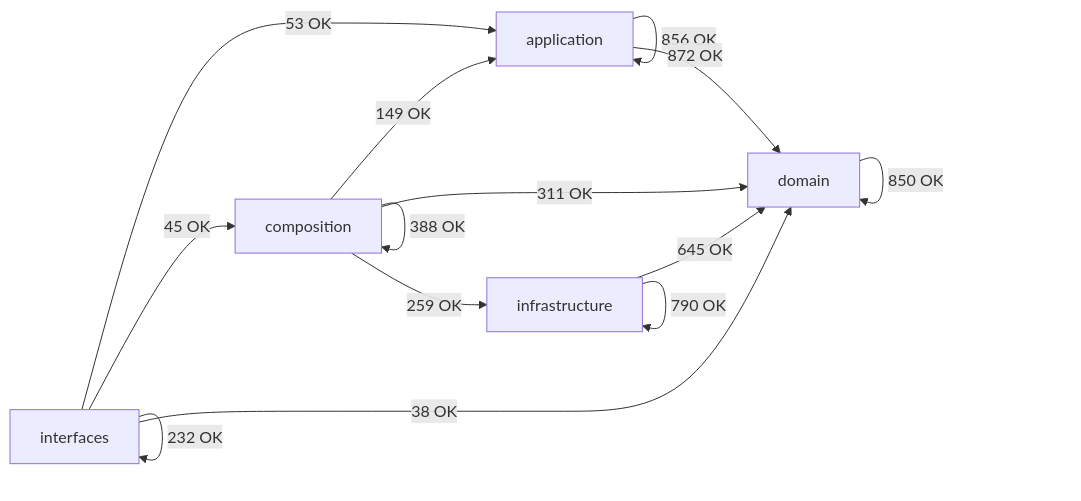
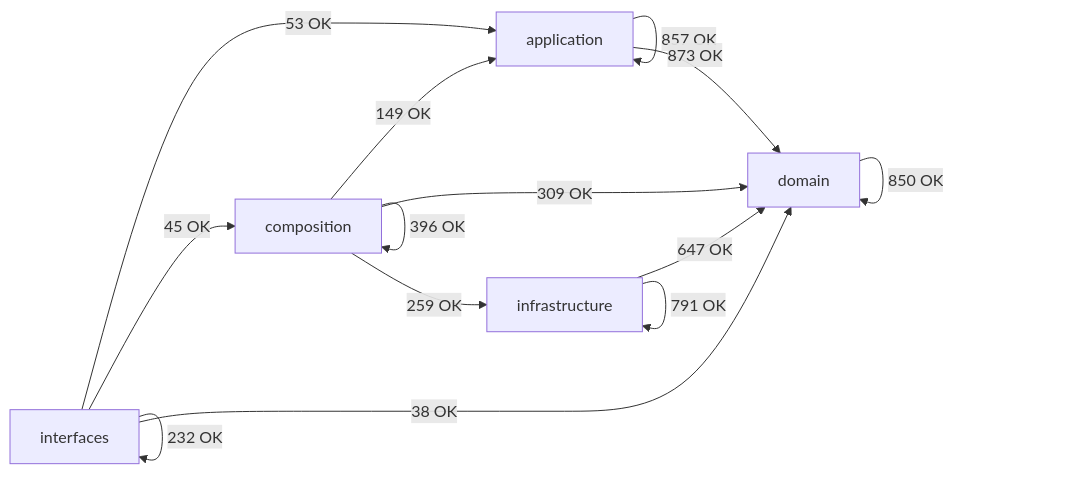
The diagram in docs/02-architecture/generated/module-dependency-map.md (SatoryKono/BioactivityDataAcquisition), drawn with Mermaid before and after one commit. The commit also changed other lines of this file and 54 other files, not shown here.

````diff
--- a/docs/02-architecture/generated/module-dependency-map.md
+++ b/docs/02-architecture/generated/module-dependency-map.md
@@ -17,21 +17,21 @@
 ```mermaid
 flowchart LR
     domain[domain]
     application[application]
     infrastructure[infrastructure]
     composition[composition]
     interfaces[interfaces]
-    application -->|856 OK| application
-    application -->|872 OK| domain
+    application -->|857 OK| application
+    application -->|873 OK| domain
     composition -->|149 OK| application
-    composition -->|388 OK| composition
-    composition -->|311 OK| domain
+    composition -->|396 OK| composition
+    composition -->|309 OK| domain
     composition -->|259 OK| infrastructure
     domain -->|850 OK| domain
-    infrastructure -->|645 OK| domain
-    infrastructure -->|790 OK| infrastructure
+    infrastructure -->|647 OK| domain
+    infrastructure -->|791 OK| infrastructure
     interfaces -->|53 OK| application
     interfaces -->|45 OK| composition
     interfaces -->|38 OK| domain
     interfaces -->|232 OK| interfaces
 ```
````
